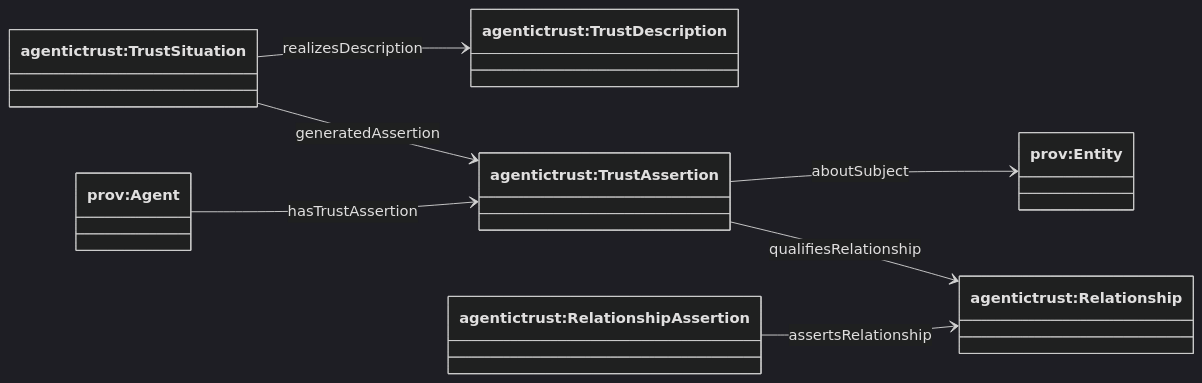
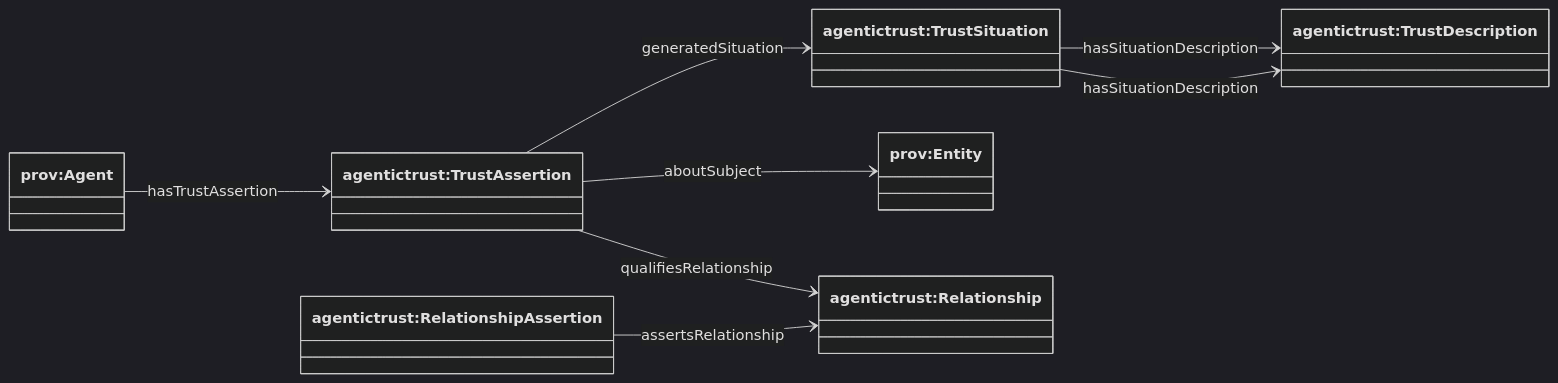
The second of 2 diagrams in docs/ontology/trust-graph.md (Agentic-Trust-Layer/agent-explorer), drawn with Mermaid (dark theme) before and after one commit. The commit also changed other lines of this file and 18 other files, not shown here.

````diff
--- a/docs/ontology/trust-graph.md
+++ b/docs/ontology/trust-graph.md
@@ -35,20 +35,21 @@
 ```mermaid
 classDiagram
 direction LR
 
 class provEntity["prov:Entity"]
 class provAgent["prov:Agent"]
 
 class TrustDescription["agentictrust:TrustDescription"]
 class TrustSituation["agentictrust:TrustSituation"]
 class TrustAssertion["agentictrust:TrustAssertion"]
 class Relationship["agentictrust:Relationship"]
 class RelationshipAssertion["agentictrust:RelationshipAssertion"]
 
-TrustSituation --> TrustDescription : realizesDescription
-TrustSituation --> TrustAssertion : generatedAssertion
+TrustSituation --> TrustDescription : hasSituationDescription
+TrustSituation --> TrustDescription : hasSituationDescription
+TrustAssertion --> TrustSituation : generatedSituation
 TrustAssertion --> provEntity : aboutSubject
 RelationshipAssertion --> Relationship : assertsRelationship
 TrustAssertion --> Relationship : qualifiesRelationship
 provAgent --> TrustAssertion : hasTrustAssertion
 ```
````
